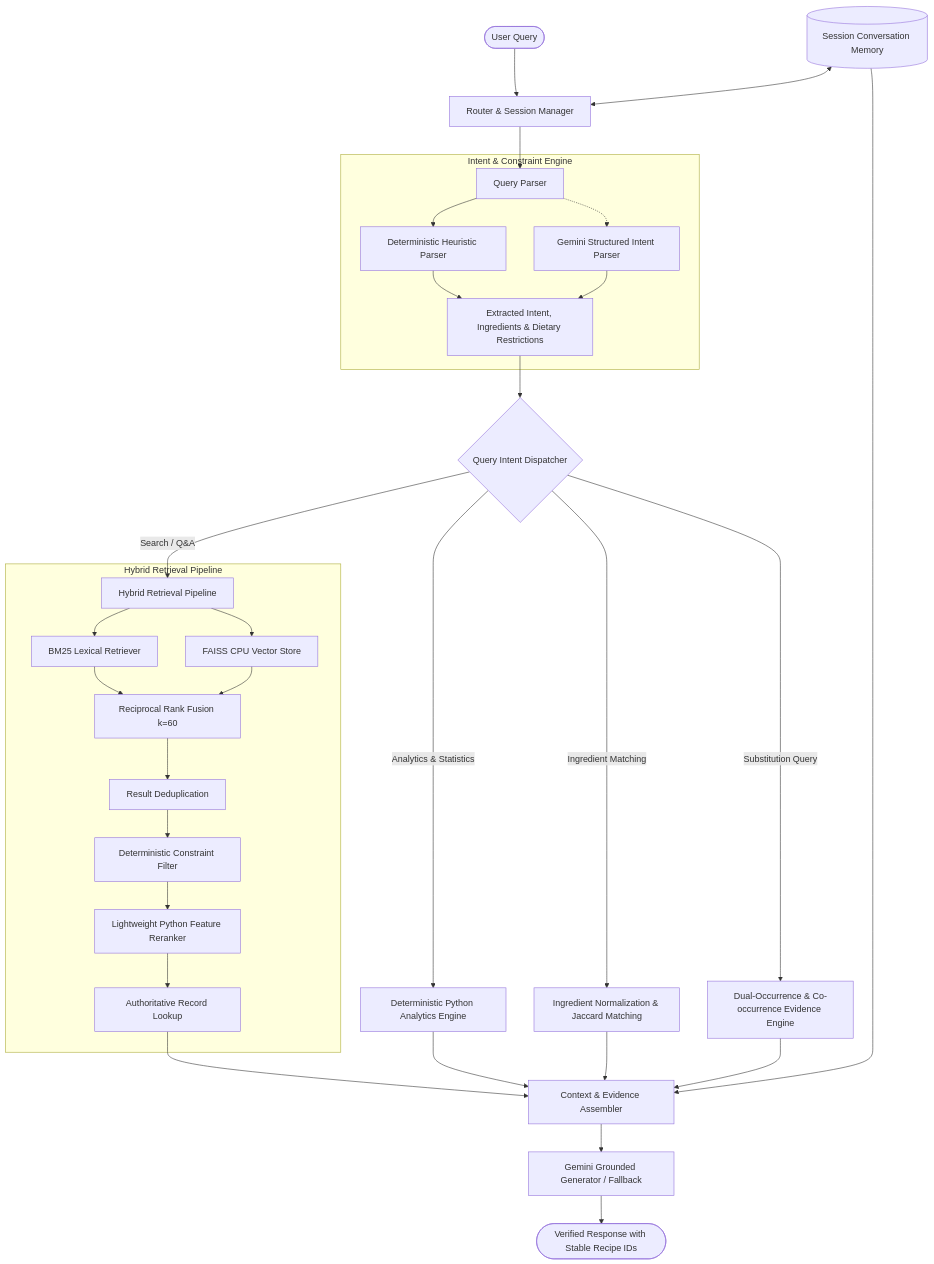
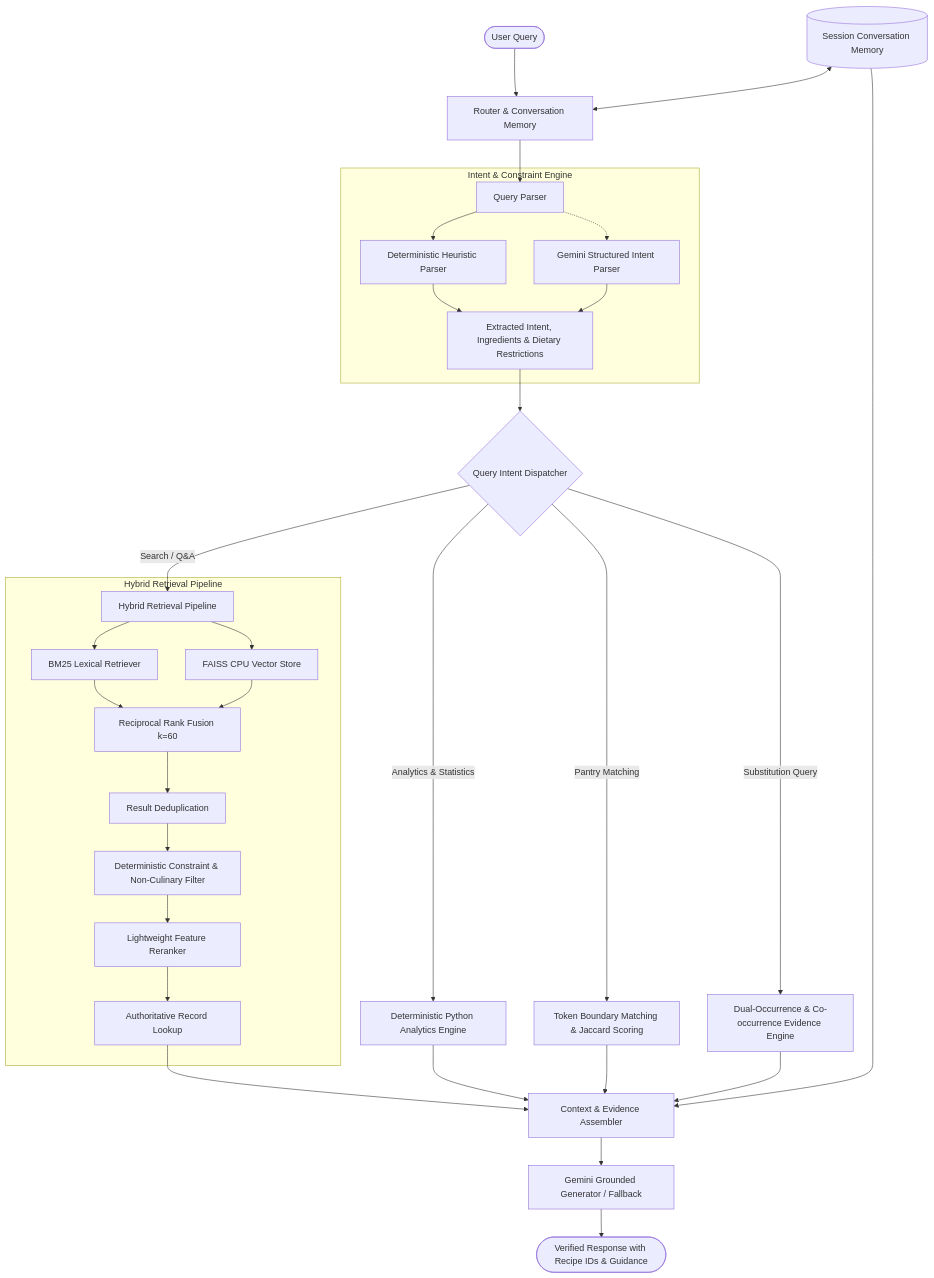
The diagram in README.md (Rudra-Nayak/NoshAIRecipeAssistant), drawn with Mermaid before and after one commit. The commit also changed other lines of this file and 3 other files, not shown here.

````diff
--- a/README.md
+++ b/README.md
@@ -35,49 +112,49 @@
 ```mermaid
 flowchart TD
-    User([User Query]) --> Router[Router & Session Manager]
+    User([User Query]) --> Router[Router & Conversation Memory]
     Router --> QueryParser[Query Parser]
     
     subgraph Intent & Constraint Engine
         QueryParser --> DeterministicParser[Deterministic Heuristic Parser]
         QueryParser -.-> LLMParser[Gemini Structured Intent Parser]
         DeterministicParser --> Constraints[Extracted Intent, Ingredients & Dietary Restrictions]
         LLMParser --> Constraints
     end
 
     Constraints --> Dispatcher{Query Intent Dispatcher}
 
     %% Search Branch
     Dispatcher -->|Search / Q&A| HybridEngine[Hybrid Retrieval Pipeline]
     
     subgraph Hybrid Retrieval Pipeline
         HybridEngine --> BM25[BM25 Lexical Retriever]
         HybridEngine --> FAISS[FAISS CPU Vector Store]
         BM25 --> RRF[Reciprocal Rank Fusion k=60]
         FAISS --> RRF
         RRF --> Deduplication[Result Deduplication]
-        Deduplication --> HardFilter[Deterministic Constraint Filter]
-        HardFilter --> Reranker[Lightweight Python Feature Reranker]
+        Deduplication --> HardFilter[Deterministic Constraint & Non-Culinary Filter]
+        HardFilter --> Reranker[Lightweight Feature Reranker]
         Reranker --> RecordFetcher[Authoritative Record Lookup]
     end
 
     %% Analytics Branch
     Dispatcher -->|Analytics & Statistics| AnalyticsEngine[Deterministic Python Analytics Engine]
     
     %% Matching Branch
-    Dispatcher -->|Ingredient Matching| MatchEngine[Ingredient Normalization & Jaccard Matching]
+    Dispatcher -->|Pantry Matching| MatchEngine[Token Boundary Matching & Jaccard Scoring]
     
     %% Substitution Branch
     Dispatcher -->|Substitution Query| SubEngine[Dual-Occurrence & Co-occurrence Evidence Engine]
 
     %% Aggregation & Generation
     RecordFetcher --> ContextBuilder[Context & Evidence Assembler]
     AnalyticsEngine --> ContextBuilder
     MatchEngine --> ContextBuilder
     SubEngine --> ContextBuilder
 
     Memory[(Session Conversation Memory)] <--> Router
     Memory --> ContextBuilder
 
     ContextBuilder --> LLM[Gemini Grounded Generator / Fallback]
-    LLM --> VerifiedResponse([Verified Response with Stable Recipe IDs])
+    LLM --> VerifiedResponse([Verified Response with Recipe IDs & Guidance])
 ```
````
